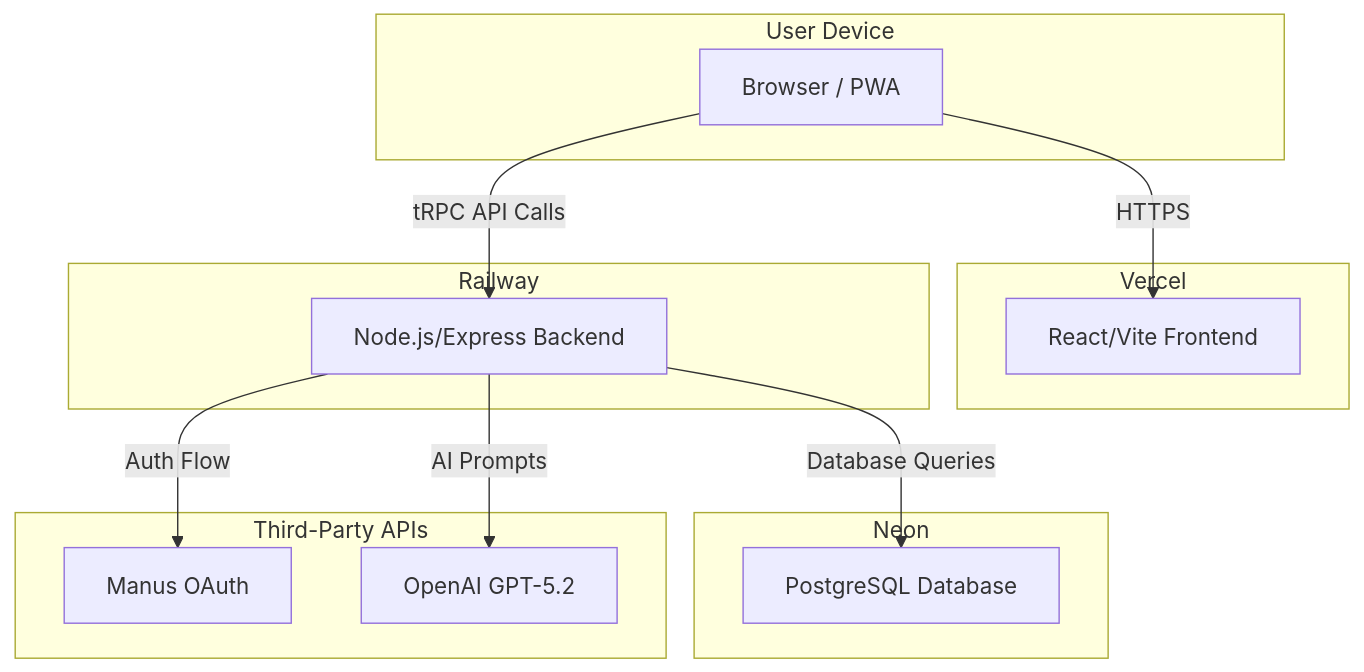
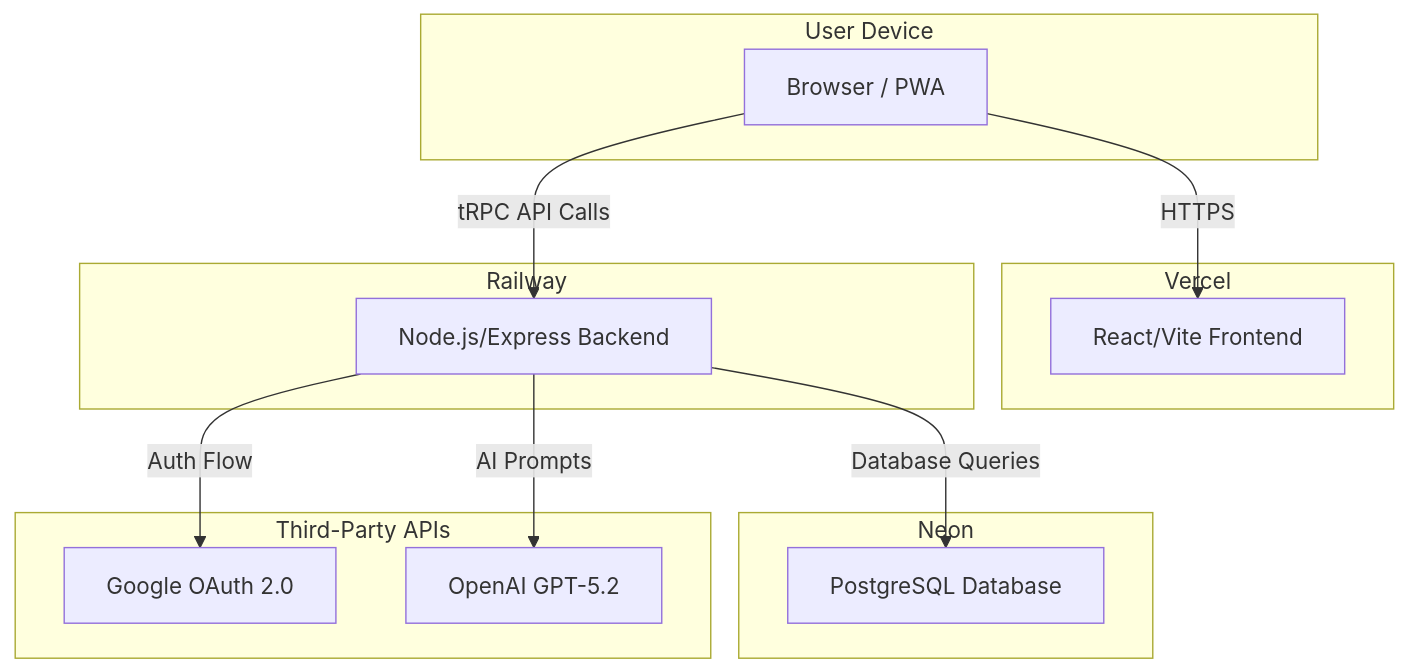
One commit to sherryzhanglx-design/acosmos-app changed the diagram in README.md. Above: the diagram before and after it, drawn with Mermaid. The commit also changed other lines of this file and 8 other files, not shown here.

First line of the commit message:
Phase 2: Migrate authentication from Manus OAuth to Google OAuth 2.0

````diff
--- a/README.md
+++ b/README.md
@@ -25,29 +25,29 @@
 ```mermaid
 graph TD
     subgraph User Device
         A[Browser / PWA]
     end
 
     subgraph Vercel
         B[React/Vite Frontend]
     end
 
     subgraph Railway
         C[Node.js/Express Backend]
     end
 
     subgraph Neon
         D[PostgreSQL Database]
     end
 
     subgraph Third-Party APIs
-        E[Manus OAuth]
+        E[Google OAuth 2.0]
         F[OpenAI GPT-5.2]
     end
 
     A -- HTTPS --> B
     A -- tRPC API Calls --> C
     C -- Database Queries --> D
     C -- Auth Flow --> E
     C -- AI Prompts --> F
 ```
````
